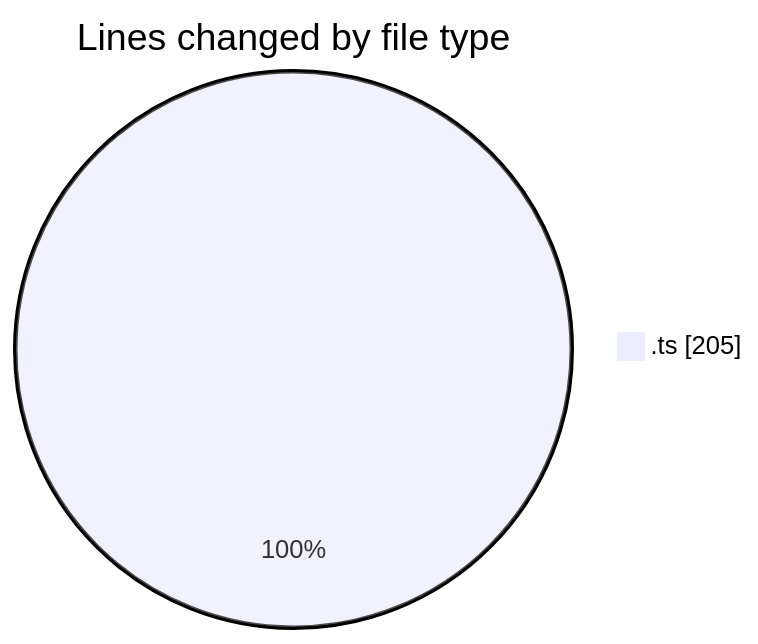
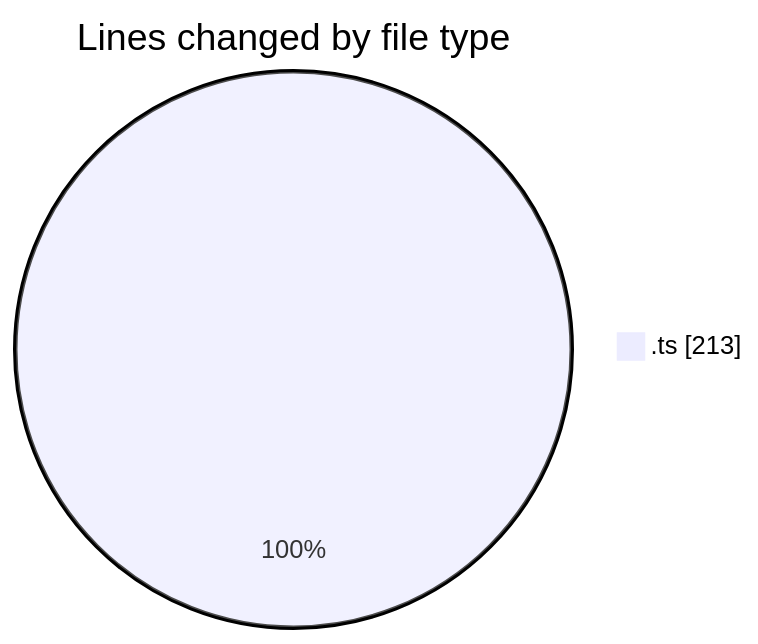
The first of 2 diagrams in 2025-11-27/cda/README.md (momahboobian/code-tracking), drawn with Mermaid before and after one commit. The commit also changed other lines of this file and 1 other file, not shown here.

````diff
--- a/2025-11-27/cda/README.md
+++ b/2025-11-27/cda/README.md
@@ -21,5 +21,5 @@
 ```mermaid
 pie showData
 title Lines changed by file type
-".ts" : 205
+".ts" : 213
 ```
````
